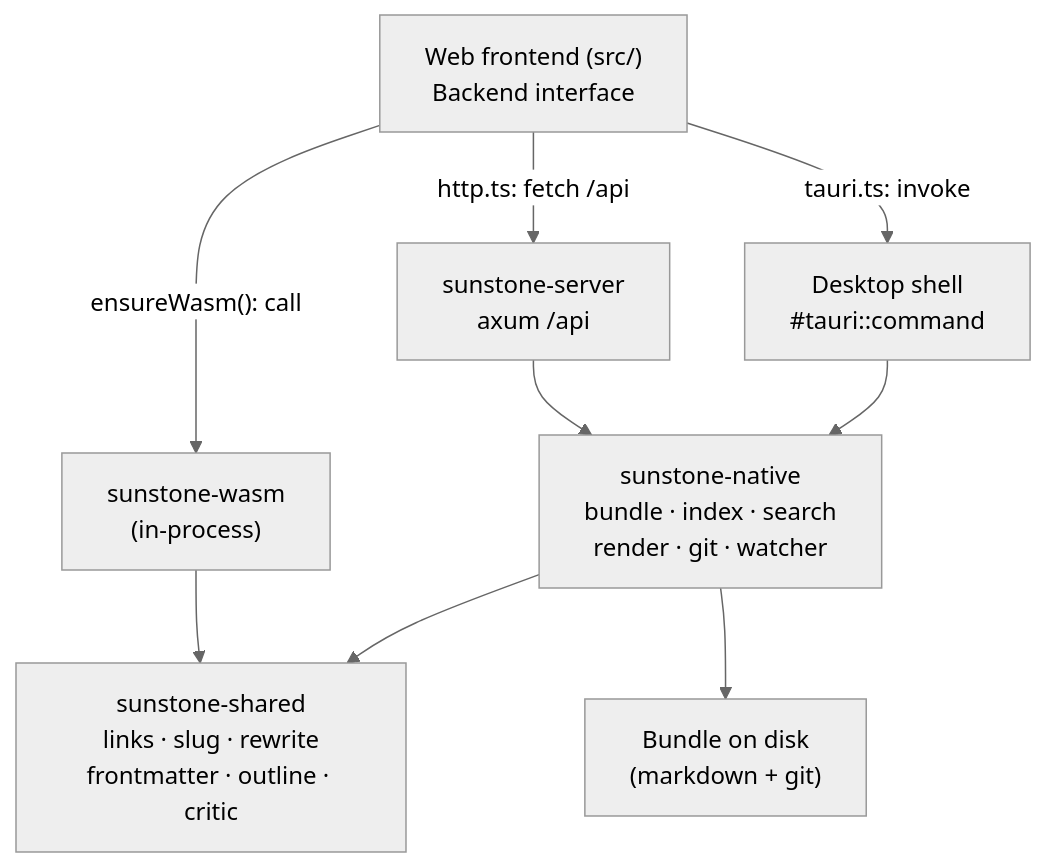
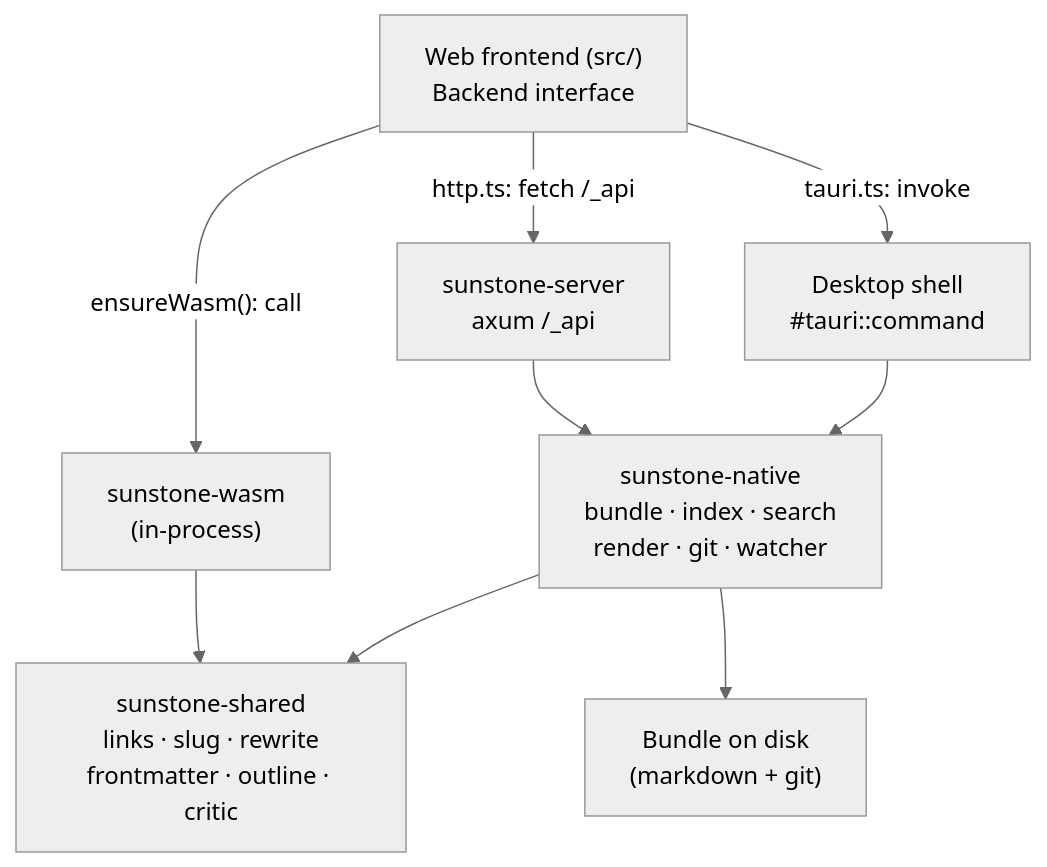
One commit to pothos-dev/sunstone changed the first of 3 diagrams in docs/architecture/overview.md. Above: the diagram before and after it, drawn with Mermaid (neutral theme). The commit also changed other lines of this file and 12 other files, not shown here.

````diff
--- a/docs/architecture/overview.md
+++ b/docs/architecture/overview.md
@@ -31,19 +31,19 @@
 ```mermaid
 flowchart TD
   FE["Web frontend (src/)<br/>Backend interface"]
   WASM["sunstone-wasm<br/>(in-process)"]
   DS["Desktop shell<br/>#tauri::command"]
-  SV["sunstone-server<br/>axum /api"]
+  SV["sunstone-server<br/>axum /_api"]
   CORE["sunstone-native<br/>bundle · index · search<br/>render · git · watcher"]
   SHARED["sunstone-shared<br/>links · slug · rewrite<br/>frontmatter · outline · critic"]
   FS["Bundle on disk<br/>(markdown + git)"]
 
   FE -->|"tauri.ts: invoke"| DS
-  FE -->|"http.ts: fetch /api"| SV
+  FE -->|"http.ts: fetch /_api"| SV
   FE -->|"ensureWasm(): call"| WASM
   DS --> CORE
   SV --> CORE
   CORE --> SHARED
   WASM --> SHARED
   CORE --> FS
 ```
````
